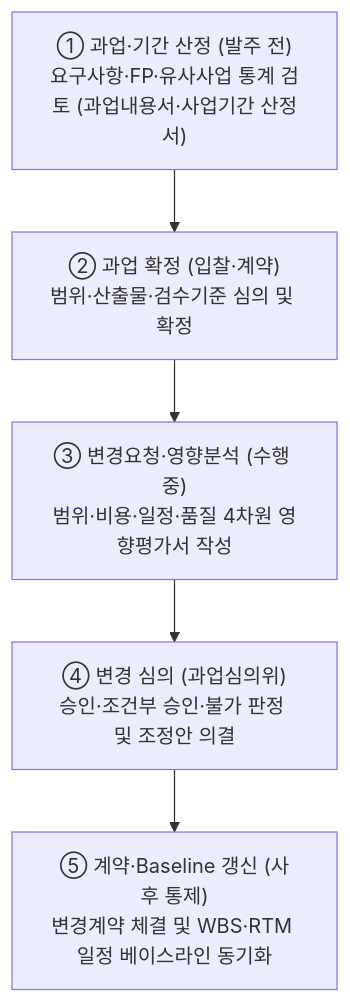
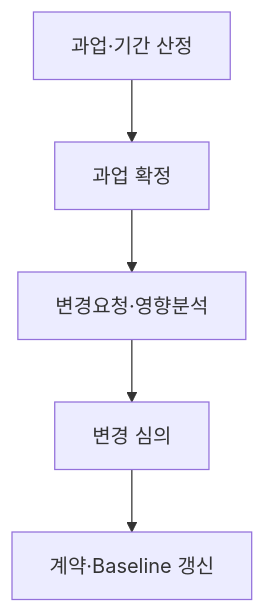
The second of 3 diagrams in src/content/docs/notes/itpe/01-it-strategy/091_public_sw_cost_and_scope_change_criteria.md (agnusdei1207/study), drawn with Mermaid before and after one commit. The commit also changed other lines of this file and 18 other files, not shown here.

````diff
--- a/src/content/docs/notes/itpe/01-it-strategy/091_public_sw_cost_and_scope_change_criteria.md
+++ b/src/content/docs/notes/itpe/01-it-strategy/091_public_sw_cost_and_scope_change_criteria.md
@@ -74,9 +73,4 @@
 ```mermaid
 flowchart TD
-    S1["① 과업·기간 산정 (발주 전)<br/>요구사항·FP·유사사업 통계 검토 (과업내용서·사업기간 산정서)"]
-    S2["② 과업 확정 (입찰·계약)<br/>범위·산출물·검수기준 심의 및 확정"]
-    S3["③ 변경요청·영향분석 (수행 중)<br/>범위·비용·일정·품질 4차원 영향평가서 작성"]
-    S4["④ 변경 심의 (과업심의위)<br/>승인·조건부 승인·불가 판정 및 조정안 의결"]
-    S5["⑤ 계약·Baseline 갱신 (사후 통제)<br/>변경계약 체결 및 WBS·RTM 일정 베이스라인 동기화"]
-    S1 --> S2 --> S3 --> S4 --> S5
+    S1["과업·기간 산정"] --> S2["과업 확정"] --> S3["변경요청·영향분석"] --> S4["변경 심의"] --> S5["계약·Baseline 갱신"]
 ```
````
